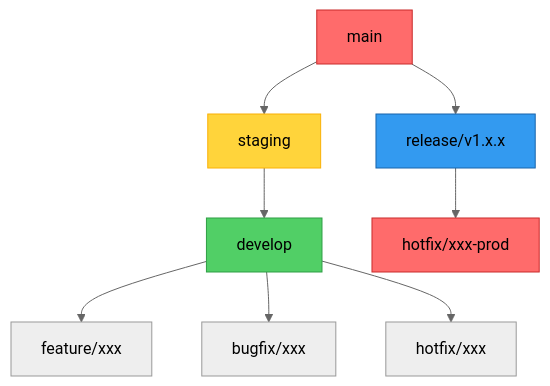
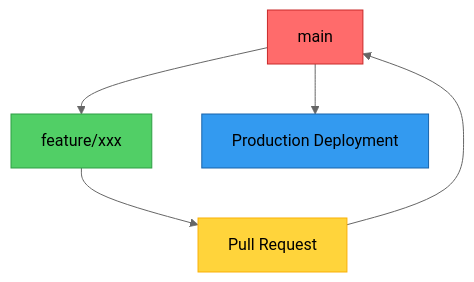
Before and after one commit to etrusk/moodovermuscle: the first of 2 diagrams in docs/git-workflow.md, drawn with Mermaid (neutral theme). The commit also changed other lines of this file and 1 other file, not shown here.

Commit message:
docs: update git workflow and deployment strategy

````diff
--- a/docs/git-workflow.md
+++ b/docs/git-workflow.md
@@ -36,16 +34,12 @@
 ```mermaid
 graph TD
-    A[main] --> B[staging]
-    B --> C[develop]
-    C --> D[feature/xxx]
-    C --> E[bugfix/xxx]
-    C --> F[hotfix/xxx]
-    A --> G[release/v1.x.x]
-    G --> H[hotfix/xxx-prod]
+    A[main] --> B[feature/xxx]
+    B --> C[Pull Request]
+    C --> A
+    A --> D[Production Deployment]
     
     style A fill:#ff6b6b,stroke:#c92a2a
-    style B fill:#ffd43b,stroke:#fab005
-    style C fill:#51cf66,stroke:#2f9e44
-    style G fill:#339af0,stroke:#1864ab
-    style H fill:#ff6b6b,stroke:#c92a2a
+    style B fill:#51cf66,stroke:#2f9e44
+    style C fill:#ffd43b,stroke:#fab005
+    style D fill:#339af0,stroke:#1864ab
 ```
````
